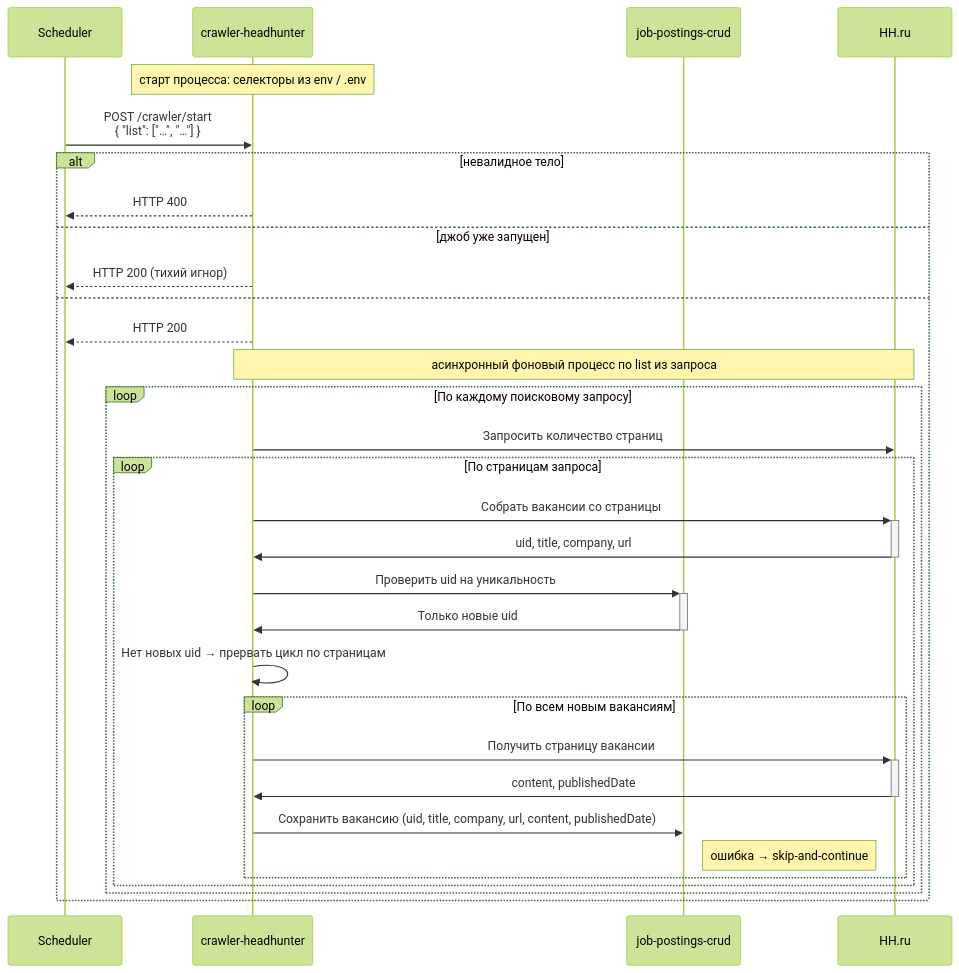
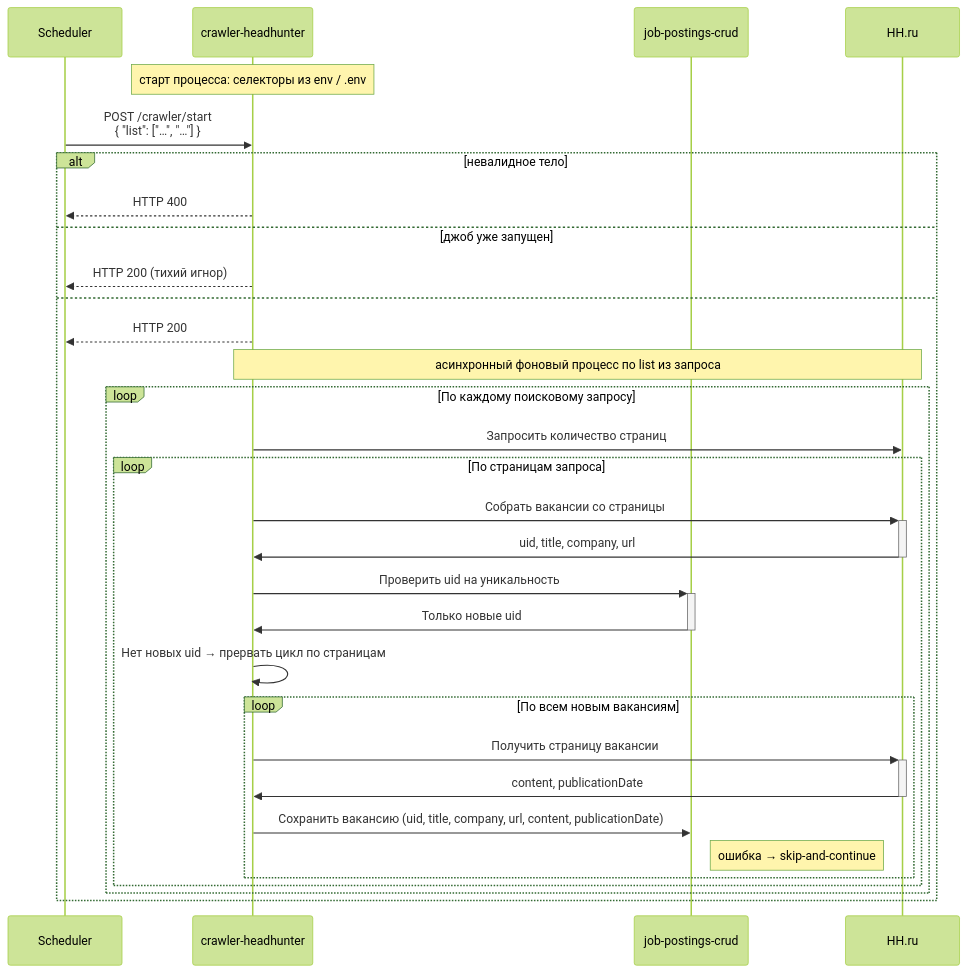
Before and after one commit to joposcragent/specifications: the diagram in services/crawler-headhunter/readme.md, drawn with Mermaid (forest theme). The commit also changed other lines of this file and 2 other files, not shown here.

Commit message:
- publication_date теперь строка потому, что дату затрахаешься конвертить из того, что хранится на странице, да и нужна она только, чтобы любоваться - актуализировал спеку на crawler

````diff
--- a/services/crawler-headhunter/readme.md
+++ b/services/crawler-headhunter/readme.md
@@ -51,39 +66,39 @@
 ```mermaid
 sequenceDiagram
     participant Scheduler
     participant Crawler as crawler-headhunter
     participant Postings as job-postings-crud
     participant HH as HH.ru
 
     Note over Crawler: старт процесса: селекторы из env / .env
 
     Scheduler->>Crawler: POST /crawler/start<br/>{ "list": ["…", "…"] }
 
     alt невалидное тело
         Crawler-->>Scheduler: HTTP 400
     else джоб уже запущен
         Crawler-->>Scheduler: HTTP 200 (тихий игнор)
     else
         Crawler-->>Scheduler: HTTP 200
         Note over Crawler,HH: асинхронный фоновый процесс по list из запроса
 
         loop По каждому поисковому запросу
             Crawler->>HH: Запросить количество страниц
 
             loop По страницам запроса
                 Crawler->>+HH: Собрать вакансии со страницы
                 HH->>-Crawler: uid, title, company, url
                 Crawler->>+Postings: Проверить uid на уникальность
                 Postings->>-Crawler: Только новые uid
                 Crawler->>Crawler: Нет новых uid → прервать цикл по страницам
 
                 loop По всем новым вакансиям
                     Crawler->>+HH: Получить страницу вакансии
-                    HH->>-Crawler: content, publishedDate
-                    Crawler->>Postings: Сохранить вакансию (uid, title, company, url, content, publishedDate)
+                    HH->>-Crawler: content, publicationDate
+                    Crawler->>Postings: Сохранить вакансию (uid, title, company, url, content, publicationDate)
                     Note right of Postings: ошибка → skip-and-continue
                 end
             end
         end
     end
 ```
````
